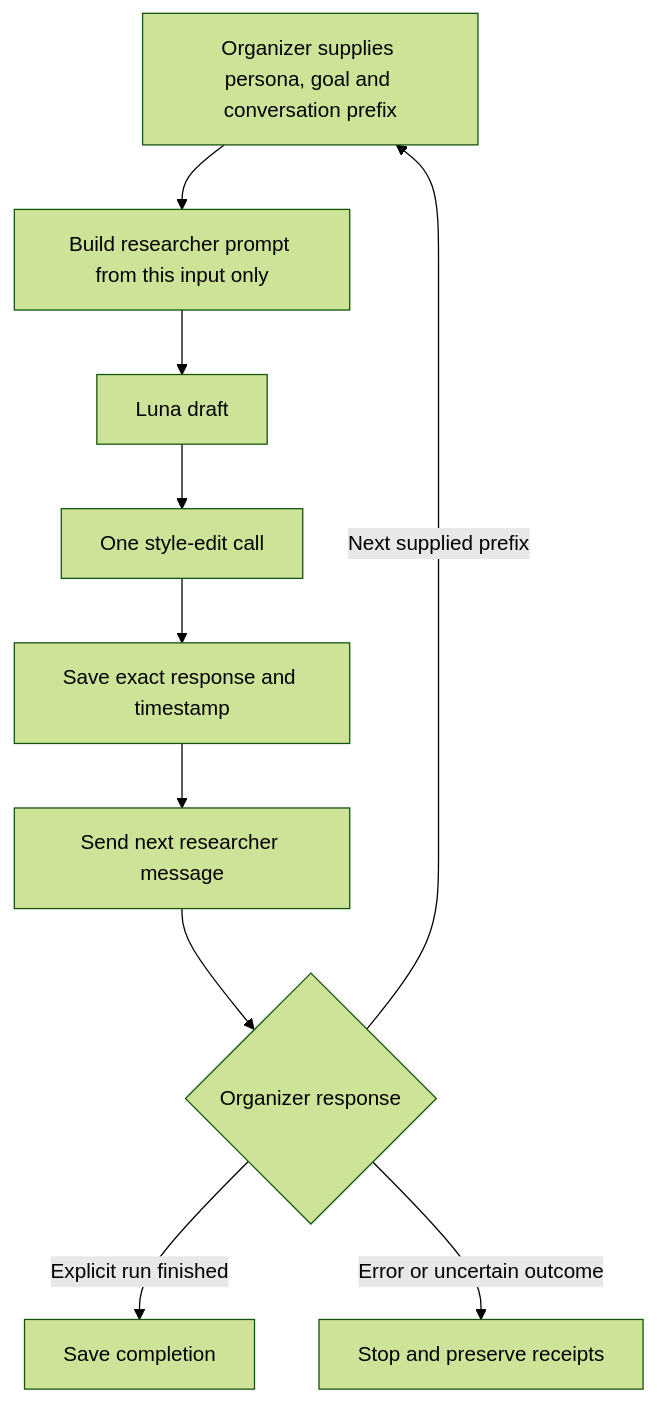
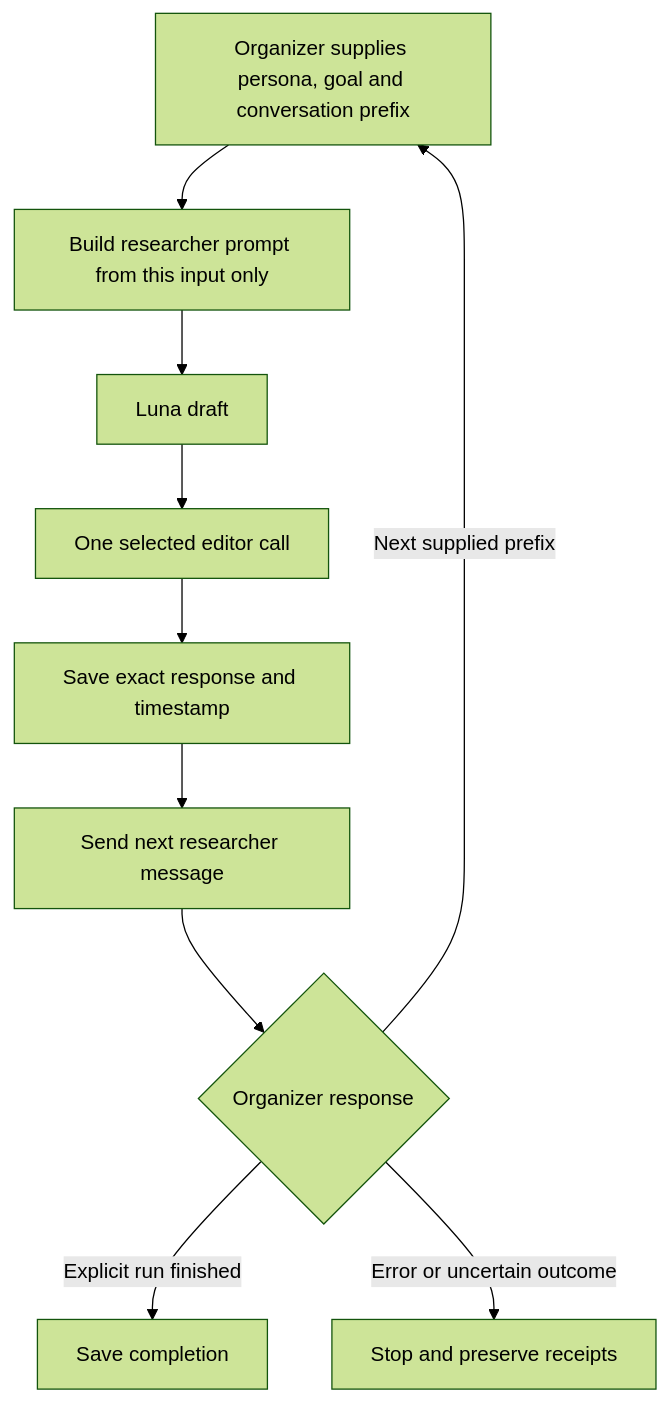
The diagram in docs/task1_runner.md (npatta01/trec-usersim-2026), drawn with Mermaid (forest theme) before and after one commit. The commit also changed other lines of this file and 7 other files, not shown here.

````diff
--- a/docs/task1_runner.md
+++ b/docs/task1_runner.md
@@ -10,12 +10,12 @@
 ```mermaid
 flowchart TD
     A[Organizer supplies persona, goal and conversation prefix] --> B[Build researcher prompt from this input only]
     B --> C[Luna draft]
-    C --> D[One style-edit call]
+    C --> D[One selected editor call]
     D --> E[Save exact response and timestamp]
     E --> F[Send next researcher message]
     F --> G{Organizer response}
     G -->|Next supplied prefix| A
     G -->|Explicit run finished| H[Save completion]
     G -->|Error or uncertain outcome| I[Stop and preserve receipts]
 ```
````
